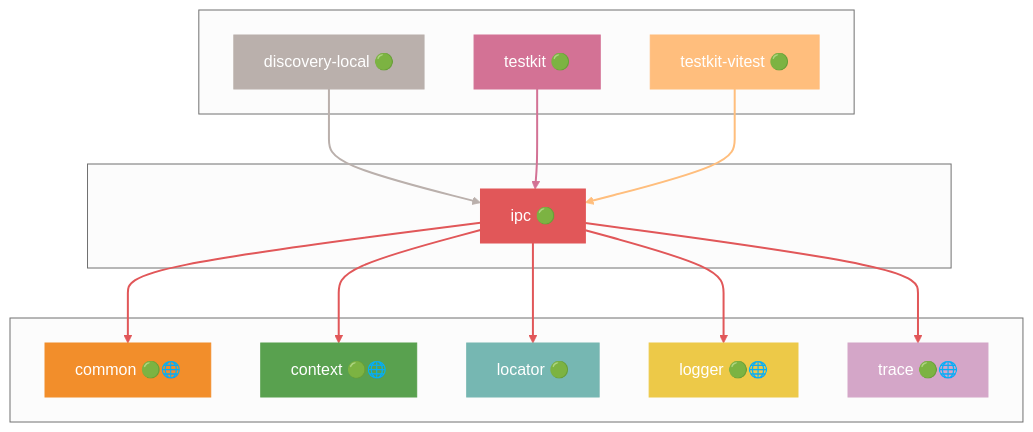
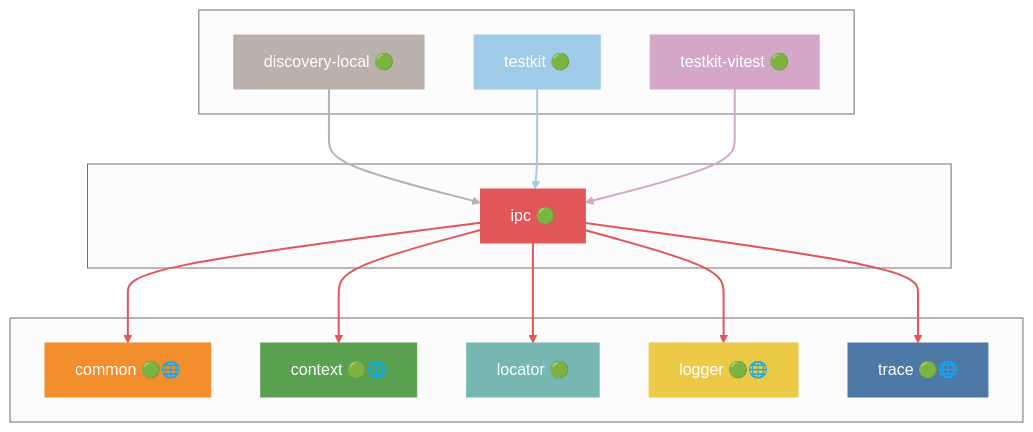
One commit to grest-ts/grest-ts changed diagram 22 of 41 in docs/DEPENDENCIES.md. Above: the diagram before and after it, drawn with Mermaid (neutral theme). The commit also changed other lines of this file and 31 other files, not shown here.

````diff
--- a/docs/DEPENDENCIES.md
+++ b/docs/DEPENDENCIES.md
@@ -1061,43 +1063,43 @@
 ```mermaid
 flowchart TB
     subgraph Dependents[" "]
         discovery-local["discovery-local 🟢"]
         testkit["testkit 🟢"]
         testkit-vitest["testkit-vitest 🟢"]
     end
     subgraph Package[" "]
         ipc["ipc 🟢"]
     end
     subgraph Dependencies[" "]
         common["common 🟢🌐"]
         context["context 🟢🌐"]
         locator["locator 🟢"]
         logger["logger 🟢🌐"]
         trace["trace 🟢🌐"]
     end
     discovery-local --> ipc
     testkit --> ipc
     testkit-vitest --> ipc
     ipc --> common
     ipc --> context
     ipc --> locator
     ipc --> logger
     ipc --> trace
     style ipc fill:#E15759,stroke:#E15759,color:#fff
     style discovery-local fill:#BAB0AC,stroke:#BAB0AC,color:#fff
-    style testkit fill:#D37295,stroke:#D37295,color:#fff
-    style testkit-vitest fill:#FFBE7D,stroke:#FFBE7D,color:#fff
+    style testkit fill:#A0CBE8,stroke:#A0CBE8,color:#fff
+    style testkit-vitest fill:#D4A6C8,stroke:#D4A6C8,color:#fff
     style common fill:#F28E2B,stroke:#F28E2B,color:#fff
     style context fill:#59A14F,stroke:#59A14F,color:#fff
     style locator fill:#76B7B2,stroke:#76B7B2,color:#fff
     style logger fill:#EDC948,stroke:#EDC948,color:#fff
-    style trace fill:#D4A6C8,stroke:#D4A6C8,color:#fff
+    style trace fill:#4E79A7,stroke:#4E79A7,color:#fff
     linkStyle 0 stroke:#BAB0AC,stroke-width:2px
-    linkStyle 1 stroke:#D37295,stroke-width:2px
-    linkStyle 2 stroke:#FFBE7D,stroke-width:2px
+    linkStyle 1 stroke:#A0CBE8,stroke-width:2px
+    linkStyle 2 stroke:#D4A6C8,stroke-width:2px
     linkStyle 3 stroke:#E15759,stroke-width:2px
     linkStyle 4 stroke:#E15759,stroke-width:2px
     linkStyle 5 stroke:#E15759,stroke-width:2px
     linkStyle 6 stroke:#E15759,stroke-width:2px
     linkStyle 7 stroke:#E15759,stroke-width:2px
 ```
````
